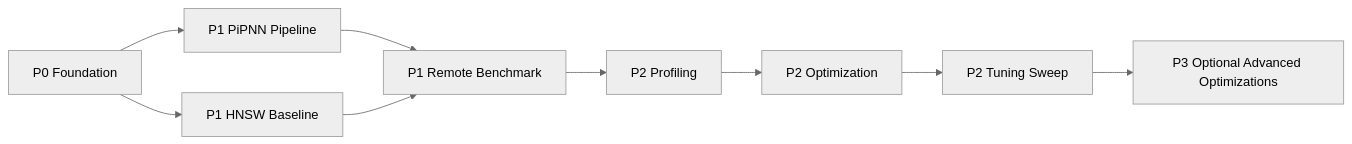
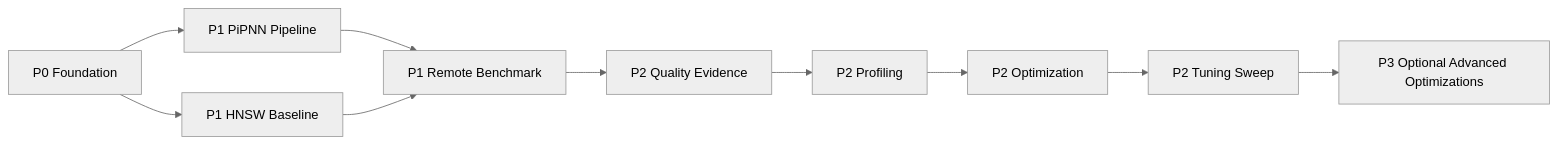
One commit to benwuhua/pipnn changed diagram 11 of 11 in docs/plans/2026-03-12-pipnn-poc-design.md. Above: the diagram before and after it, drawn with Mermaid (neutral theme). The commit also changed other lines of this file and 2 other files, not shown here.

Commit message:
docs: update quality methodology for wave 2

````diff
--- a/docs/plans/2026-03-12-pipnn-poc-design.md
+++ b/docs/plans/2026-03-12-pipnn-poc-design.md
@@ -271,11 +325,12 @@
 ```mermaid
 graph LR
   P0[P0 Foundation] --> P1A[P1 PiPNN Pipeline]
   P0 --> P1B[P1 HNSW Baseline]
   P1A --> P1C[P1 Remote Benchmark]
   P1B --> P1C
-  P1C --> P2A[P2 Profiling]
+  P1C --> P2Q[P2 Quality Evidence]
+  P2Q --> P2A[P2 Profiling]
   P2A --> P2B[P2 Optimization]
   P2B --> P2C[P2 Tuning Sweep]
   P2C --> P3[P3 Optional Advanced Optimizations]
 ```
````
